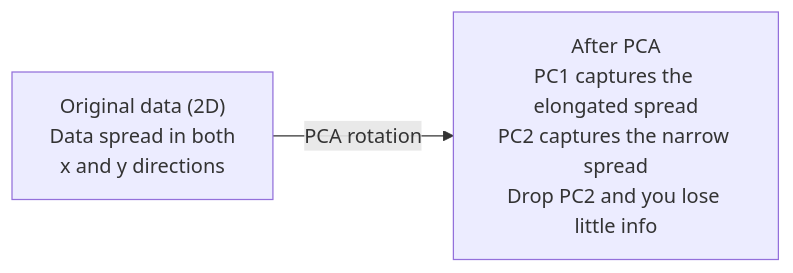
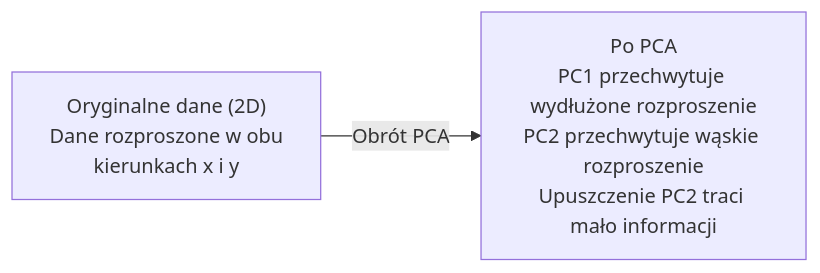
Before and after one commit to hublorx/ai-engineering-from-scratch: the diagram in phases/01-math-foundations/10-dimensionality-reduction/docs/en.md, drawn with Mermaid. The commit also changed other lines of this file and 112 other files, not shown here.

````diff
--- a/phases/01-math-foundations/10-dimensionality-reduction/docs/en.md
+++ b/phases/01-math-foundations/10-dimensionality-reduction/docs/en.md
@@ -61,4 +61,4 @@
 ```mermaid
 graph LR
-    A["Original data (2D)\nData spread in both\nx and y directions"] -->|"PCA rotation"| B["After PCA\nPC1 captures the elongated spread\nPC2 captures the narrow spread\nDrop PC2 and you lose little info"]
+    A["Oryginalne dane (2D)\nDane rozproszone w obu\nkierunkach x i y"] -->|"Obrót PCA"| B["Po PCA\nPC1 przechwytuje wydłużone rozproszenie\nPC2 przechwytuje wąskie rozproszenie\nUpuszczenie PC2 traci mało informacji"]
 ```
````
